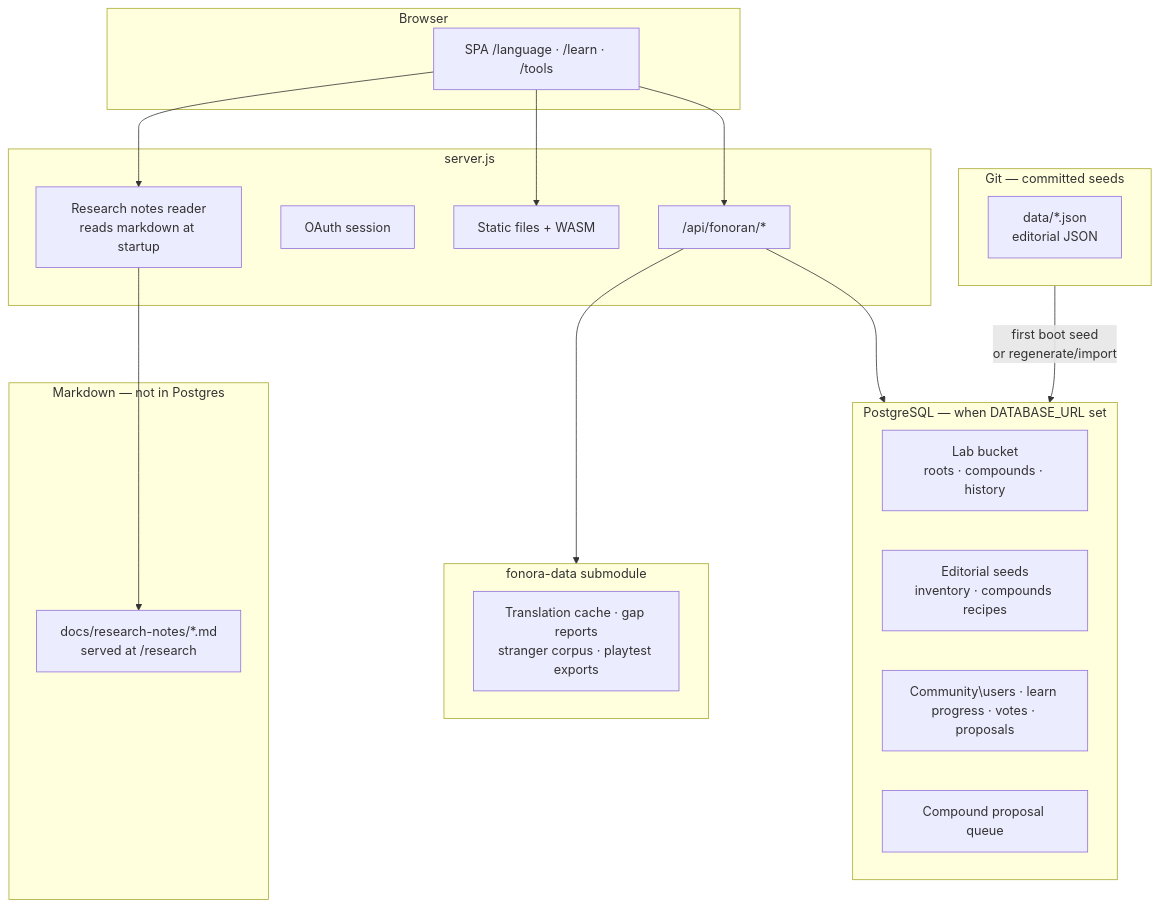
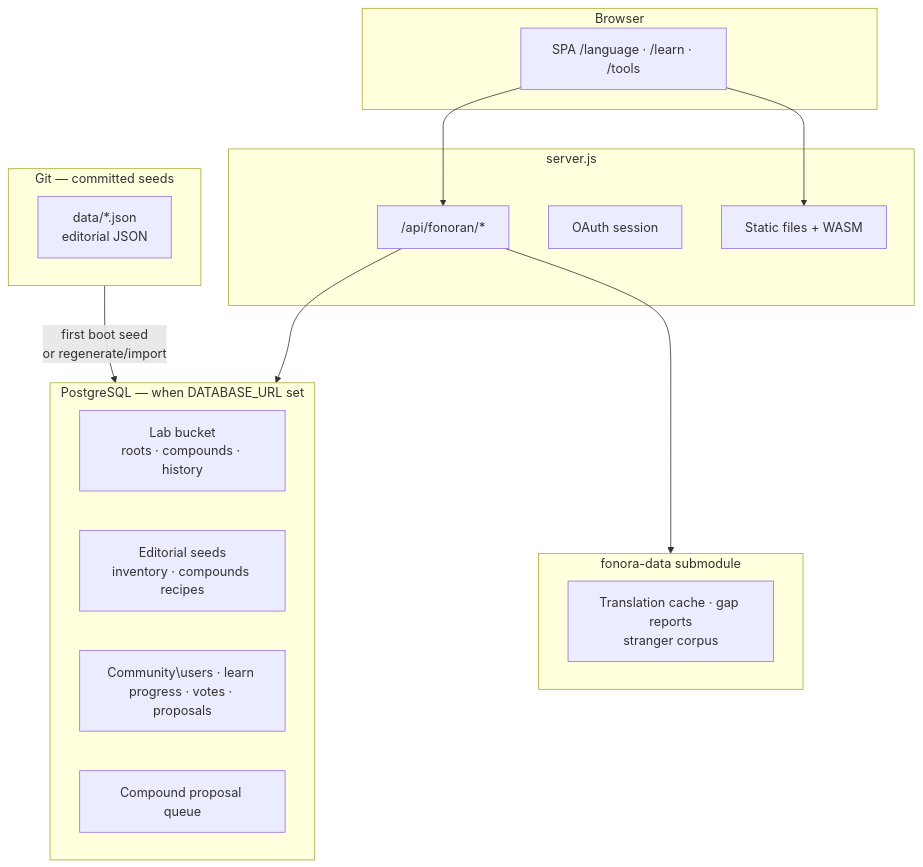
One commit to Fonora/fonora changed the diagram in docs/deploy.md. Above: the diagram before and after it, drawn with Mermaid. The commit also changed other lines of this file and 180 other files, not shown here.

````diff
--- a/docs/deploy.md
+++ b/docs/deploy.md
@@ -85,34 +85,28 @@
 ```mermaid
 flowchart TB
   subgraph browser [Browser]
     SPA["SPA /language · /learn · /tools"]
   end
   subgraph server [server.js]
     API["/api/fonoran/*"]
     OAuth["OAuth session"]
     Static["Static files + WASM"]
-    Research["Research notes reader\nreads markdown at startup"]
   end
   subgraph postgres [PostgreSQL — when DATABASE_URL set]
     Lab["Lab bucket\nroots · compounds · history"]
     Editorial["Editorial seeds\ninventory · compounds recipes"]
     Community["Community\users · learn progress · votes · proposals"]
     PropQueue["Compound proposal queue"]
   end
   subgraph gitSeeds [Git — committed seeds]
     DataJSON["data/*.json\neditorial JSON"]
   end
   subgraph fonoraData [fonora-data submodule]
-    Cache["Translation cache · gap reports\nstranger corpus · playtest exports"]
-  end
-  subgraph markdown [Markdown — not in Postgres]
-    RN["docs/research-notes/*.md\nserved at /research"]
+    Cache["Translation cache · gap reports\nstranger corpus"]
   end
   SPA --> API
   SPA --> Static
-  SPA --> Research
   API --> postgres
   gitSeeds -->|"first boot seed\nor regenerate/import"| postgres
   API --> fonoraData
-  Research --> RN
 ```
````
